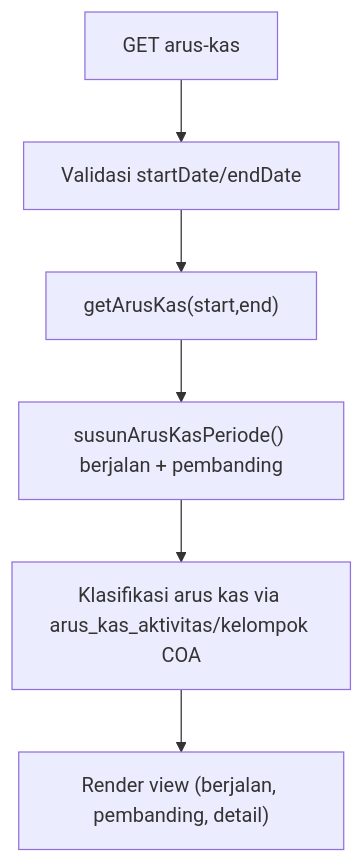
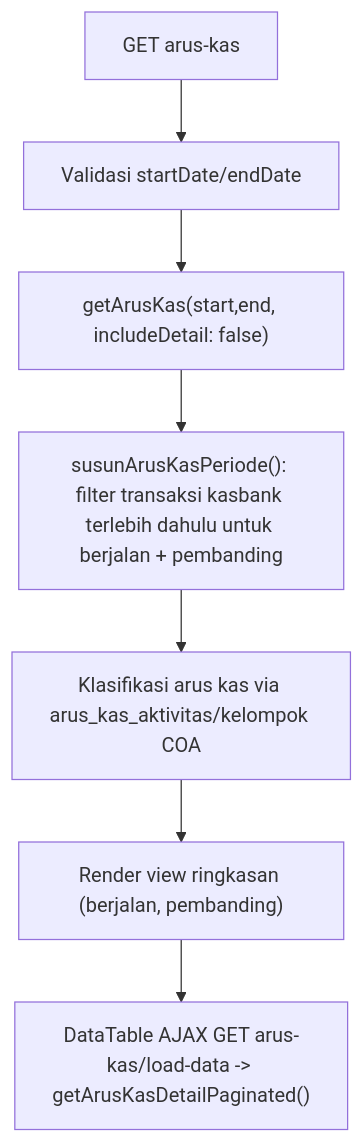
Before and after one commit to AltamaSidoarjo/laravel-siakurat-pt-smt: the fifth of 6 diagrams in dokumentasi/laporan-keuangan.md, drawn with Mermaid. The commit also changed other lines of this file and 7 other files, not shown here.

Commit message:
perf(laporan-arus-kas): optimasi query, memori, dan DataTables server-side

````diff
--- a/dokumentasi/laporan-keuangan.md
+++ b/dokumentasi/laporan-keuangan.md
@@ -118,8 +119,9 @@
 ```mermaid
 flowchart TD
     A["GET arus-kas"] --> B["Validasi startDate/endDate"]
-    B --> C["getArusKas(start,end)"]
-    C --> D["susunArusKasPeriode() berjalan + pembanding"]
+    B --> C["getArusKas(start,end, includeDetail: false)"]
+    C --> D["susunArusKasPeriode(): filter transaksi kasbank terlebih dahulu untuk berjalan + pembanding"]
     D --> E["Klasifikasi arus kas via arus_kas_aktivitas/kelompok COA"]
-    E --> F["Render view (berjalan, pembanding, detail)"]
+    E --> F["Render view ringkasan (berjalan, pembanding)"]
+    F --> G["DataTable AJAX GET arus-kas/load-data -> getArusKasDetailPaginated()"]
 ```
````
